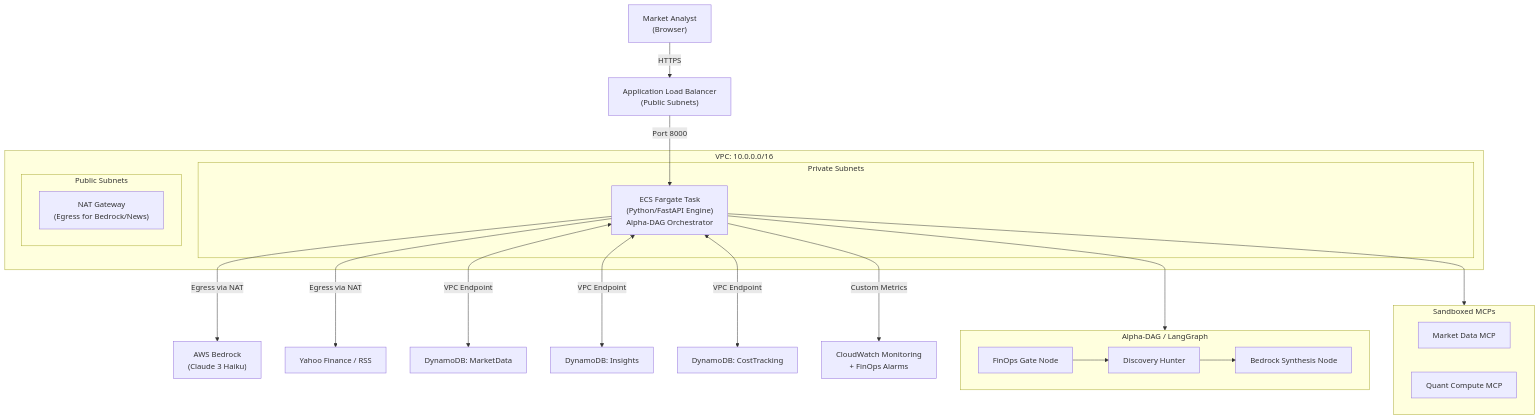
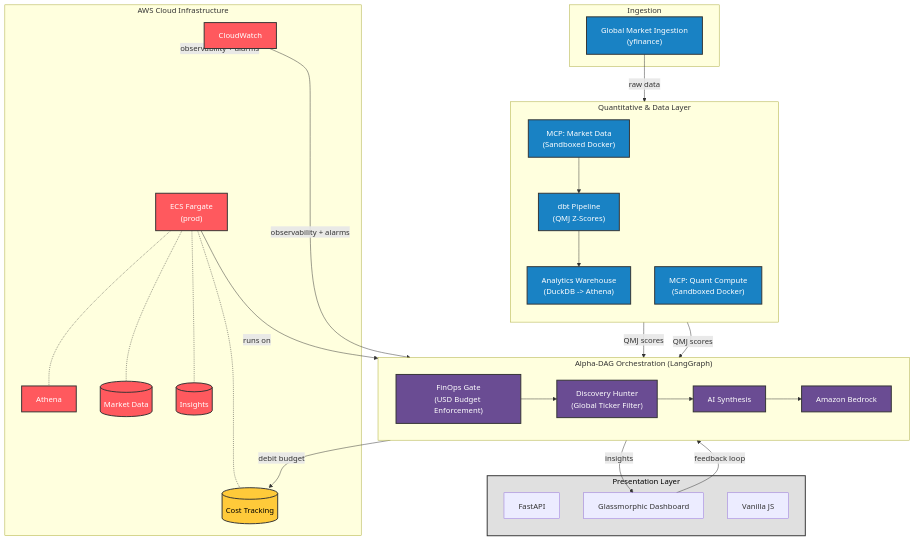
Before and after one commit to water-bear-dev/Cost-Aware-Market-Insights-Engine: the diagram in system-design/system_overview.md, drawn with Mermaid. The commit also changed 3 other files, not shown here.

Commit message:
docs: replace static system architecture image with interactive Mermaid diagrams in documentation

````diff
--- a/system-design/system_overview.md
+++ b/system-design/system_overview.md
@@ -9,38 +9,71 @@
 ```mermaid
 flowchart TB
-  User["Market Analyst\n(Browser)"] -->|HTTPS| ALB["Application Load Balancer\n(Public Subnets)"]
-  
-  subgraph vpc [VPC: 10.0.0.0/16]
-    subgraph privSub [Private Subnets]
-      Fargate["ECS Fargate Task\n(Python/FastAPI Engine)\nAlpha-DAG Orchestrator"]
+    subgraph Presentation ["Presentation Layer"]
+        FastAPI["FastAPI"]
+        Dash["Glassmorphic Dashboard"]
+        JS["Vanilla JS"]
     end
+
+    subgraph Intelligence ["Alpha-DAG Orchestration (LangGraph)"]
+        direction LR
+        Gate["FinOps Gate\n(USD Budget Enforcement)"]
+        Hunter["Discovery Hunter\n(Global Ticker Filter)"]
+        Synth["AI Synthesis"]
+        Bedrock["Amazon Bedrock"]
+
+        Gate --> Hunter --> Synth --> Bedrock
+    end
+
+    subgraph DataLayer ["Quantitative & Data Layer"]
+        direction TB
+        MarketMCP["MCP: Market Data\n(Sandboxed Docker)"]
+        QuantMCP["MCP: Quant Compute\n(Sandboxed Docker)"]
+        DBT["dbt Pipeline\n(QMJ Z-Scores)"]
+        Warehouse["Analytics Warehouse\n(DuckDB -> Athena)"]
+
+        MarketMCP --> DBT --> Warehouse
+    end
+
+    subgraph Ingestion ["Ingestion"]
+        YFinance["Global Market Ingestion\n(yfinance)"]
+    end
+
+    subgraph AWS ["AWS Cloud Infrastructure"]
+        Fargate["ECS Fargate\n(prod)"]
+        Athena["Athena"]
+        CW["CloudWatch"]
+        DDB_Market[("Market Data")]
+        DDB_Insights[("Insights")]
+        DDB_Costs[("Cost Tracking")]
+
+        Fargate -.- Athena
+        Fargate -.- DDB_Market
+        Fargate -.- DDB_Insights
+        Fargate -.- DDB_Costs
+    end
+
+    %% Connections
+    YFinance -- "raw data" --> DBT
+    Warehouse -- "QMJ scores" --> Hunter
+    QuantMCP -- "QMJ scores" --> Hunter
+    Synth -- "insights" --> Dash
+    Dash -- "feedback loop" --> Gate
+    Gate -- "debit budget" --> DDB_Costs
     
-    subgraph pubSub [Public Subnets]
-      NAT["NAT Gateway\n(Egress for Bedrock/News)"]
-    end
-  end
+    Fargate -- "runs on" --> Intelligence
+    CW -- "observability + alarms" --> Intelligence
+    CW -- "observability + alarms" --> AWS
 
-  ALB -->|Port 8000| Fargate
-  
-  subgraph DAG [Alpha-DAG / LangGraph]
-    FinOps[FinOps Gate Node] --> Hunter[Discovery Hunter]
-    Hunter --> Synthesis[Bedrock Synthesis Node]
-  end
+    %% Styling
+    classDef intelligence fill:#6a4c93,color:#fff,stroke:#333,stroke-width:2px;
+    classDef datalayer fill:#1982c4,color:#fff,stroke:#333,stroke-width:2px;
+    classDef aws fill:#ff595e,color:#fff,stroke:#333,stroke-width:2px;
+    classDef cost fill:#ffca3a,color:#000,stroke:#333,stroke-width:2px;
+    classDef presentation fill:#e0e0e0,color:#000,stroke:#333,stroke-width:2px;
 
-  Fargate --> DAG
-  Fargate -->|"Egress via NAT"| Bedrock["AWS Bedrock\n(Claude 3 Haiku)"]
-  Fargate -->|"Egress via NAT"| YahooFinance["Yahoo Finance / RSS"]
-  
-  subgraph MCP [Sandboxed MCPs]
-    MarketMCP[Market Data MCP]
-    QuantMCP[Quant Compute MCP]
-  end
-
-  Fargate --> MCP
-  
-  Fargate <-->|"VPC Endpoint"| DDB_Market["DynamoDB: MarketData"]
-  Fargate <-->|"VPC Endpoint"| DDB_Insights["DynamoDB: Insights"]
-  Fargate <-->|"VPC Endpoint"| DDB_Costs["DynamoDB: CostTracking"]
-  
-  Fargate -->|Custom Metrics| CW["CloudWatch Monitoring\n+ FinOps Alarms"]
+    class Gate,Hunter,Synth,Bedrock intelligence;
+    class MarketMCP,QuantMCP,DBT,Warehouse,YFinance datalayer;
+    class Fargate,Athena,CW,DDB_Market,DDB_Insights aws;
+    class DDB_Costs cost;
+    class Presentation presentation;
 ```
````
